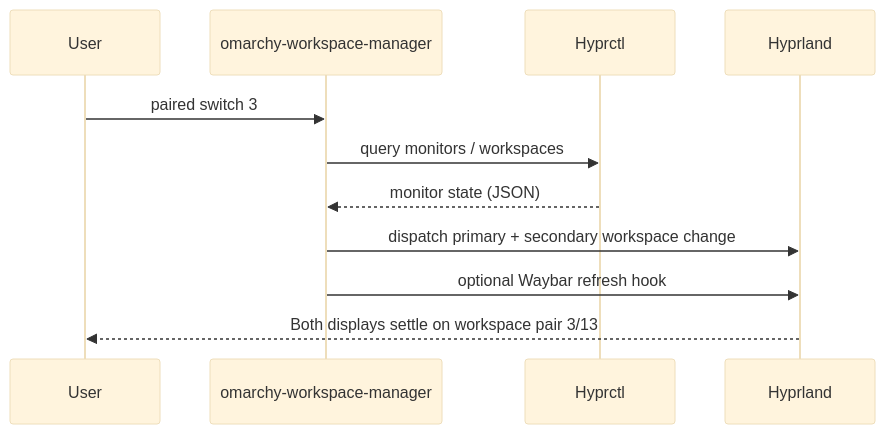
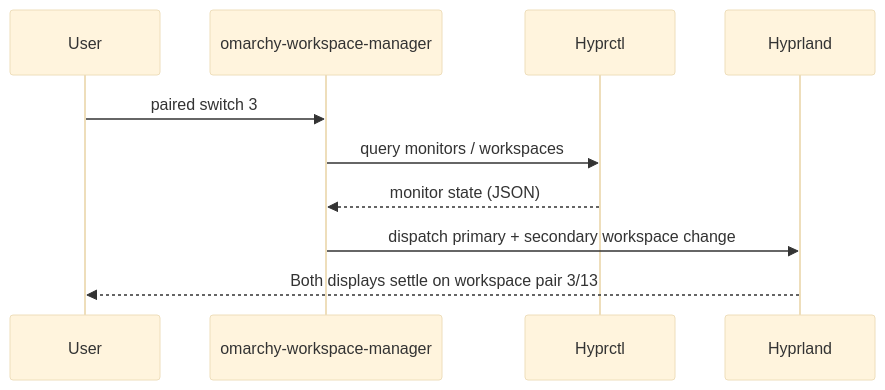
Before and after one commit to jtaw5649/omarchy-workspace-manager: the diagram in README.md, drawn with Mermaid (base theme). The commit also changed other lines of this file, not shown here.

````diff
--- a/README.md
+++ b/README.md
@@ -83,14 +70,13 @@
 ```mermaid
 sequenceDiagram
   participant User
   participant CLI as omarchy-workspace-manager
   participant Hyprctl
   participant Hyprland
 
   User->>CLI: paired switch 3
   CLI->>Hyprctl: query monitors / workspaces
   Hyprctl-->>CLI: monitor state (JSON)
   CLI->>Hyprland: dispatch primary + secondary workspace change
-  CLI->>Hyprland: optional Waybar refresh hook
   Hyprland-->>User: Both displays settle on workspace pair 3/13
 ```
````
